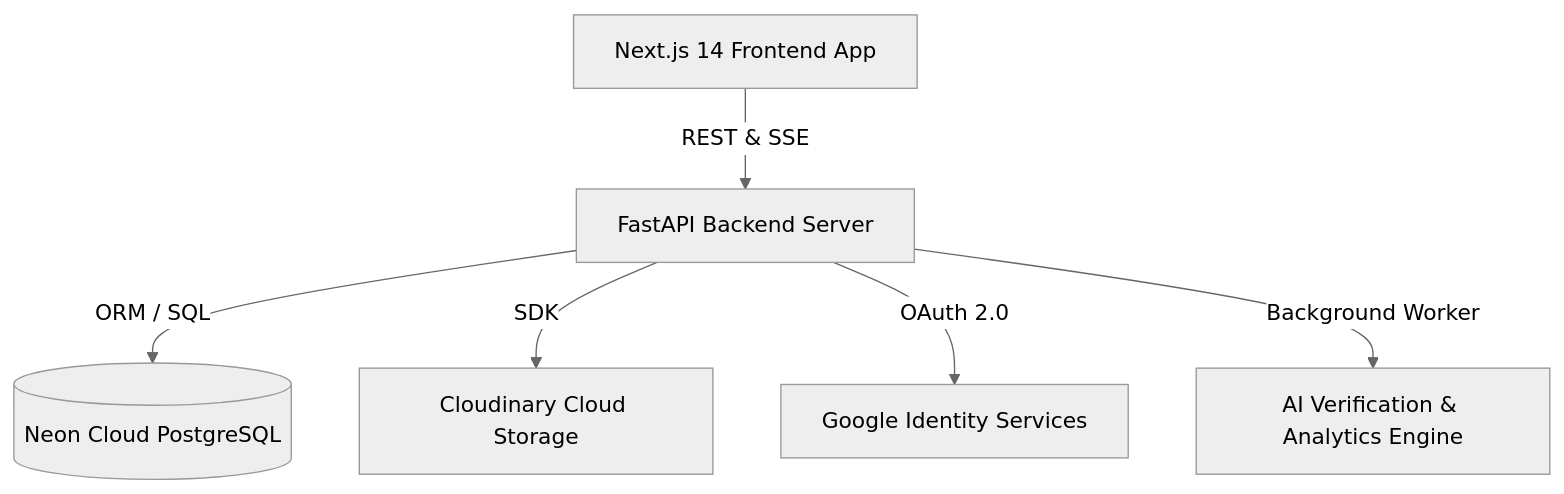
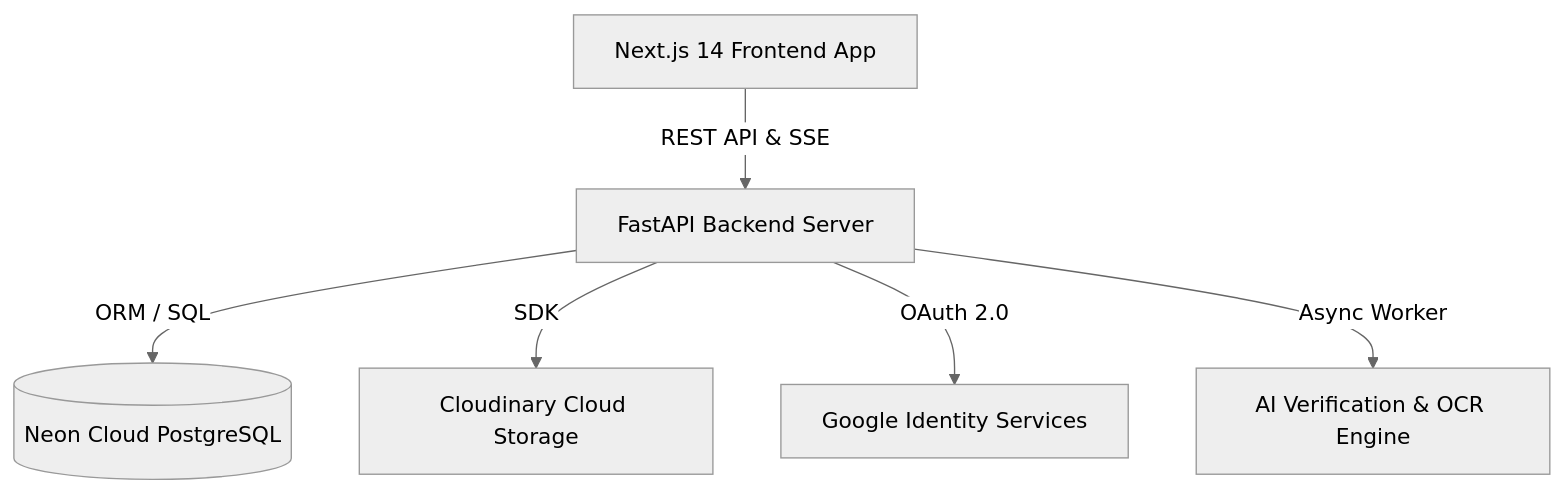
Before and after one commit to hariharan1476/AI-Powered-Document-and-Image-Verification-Platform: the diagram in README.md, drawn with Mermaid (neutral theme). The commit also changed other lines of this file and 13 other files, not shown here.

````diff
--- a/README.md
+++ b/README.md
@@ -51,8 +53,8 @@
 ```mermaid
 graph TD
-    Client[Next.js 14 Frontend App] -->|REST & SSE| FastAPI[FastAPI Backend Server]
+    Client[Next.js 14 Frontend App] -->|REST API & SSE| FastAPI[FastAPI Backend Server]
     FastAPI -->|ORM / SQL| DB[(Neon Cloud PostgreSQL)]
     FastAPI -->|SDK| Cloudinary[Cloudinary Cloud Storage]
     FastAPI -->|OAuth 2.0| Google[Google Identity Services]
-    FastAPI -->|Background Worker| AI[AI Verification & Analytics Engine]
+    FastAPI -->|Async Worker| AI[AI Verification & OCR Engine]
 ```
````
